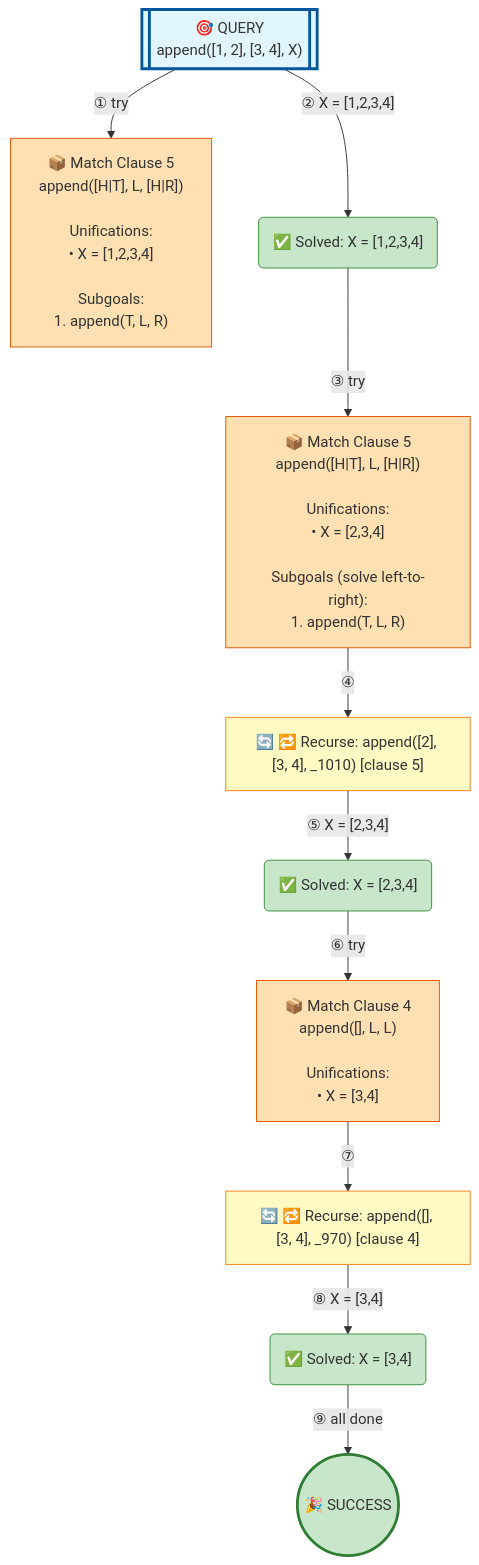
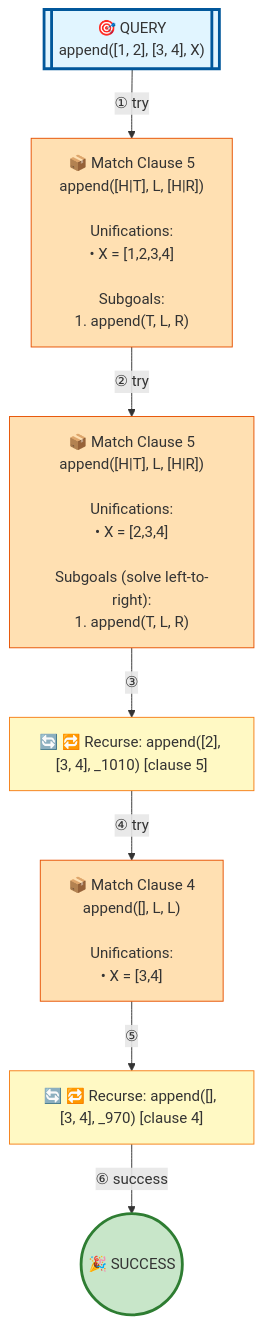
Before and after one commit to jarecsni/prolog-trace-viz: the diagram in examples/append-full.md, drawn with Mermaid. The commit also changed other lines of this file and 24 other files, not shown here.

````diff
--- a/examples/append-full.md
+++ b/examples/append-full.md
@@ -18,38 +18,29 @@
 ```mermaid
 graph TD
 
 %% Nodes
 A[["🎯 QUERY<br/>append([1, 2], [3, 4], X)"]]
 B["📦 Match Clause 5<br/>append([H|T], L, [H|R])<br/><br/>Unifications:<br/>• X = [1,2,3,4]<br/><br/>Subgoals:<br/>1. append(T, L, R)"]
-C("✅ Solved: X = [1,2,3,4]")
-D["🔄 🔁 Recurse: append([2], [3, 4], _1010) [clause 5]"]
-E["📦 Match Clause 5<br/>append([H|T], L, [H|R])<br/><br/>Unifications:<br/>• X = [2,3,4]<br/><br/>Subgoals (solve left-to-right):<br/>1. append(T, L, R)"]
-F("✅ Solved: X = [2,3,4]")
-G["🔄 🔁 Recurse: append([], [3, 4], _970) [clause 4]"]
-H["📦 Match Clause 4<br/>append([], L, L)<br/><br/>Unifications:<br/>• X = [3,4]"]
-I("✅ Solved: X = [3,4]")
-J(("🎉 SUCCESS"))
+C["🔄 🔁 Recurse: append([2], [3, 4], _1010) [clause 5]"]
+D["📦 Match Clause 5<br/>append([H|T], L, [H|R])<br/><br/>Unifications:<br/>• X = [2,3,4]<br/><br/>Subgoals (solve left-to-right):<br/>1. append(T, L, R)"]
+E["🔄 🔁 Recurse: append([], [3, 4], _970) [clause 4]"]
+F["📦 Match Clause 4<br/>append([], L, L)<br/><br/>Unifications:<br/>• X = [3,4]"]
+G(("🎉 SUCCESS"))
 
 %% Edges
 A -->|"① try"| B
-A -->|"② X = [1,2,3,4]"| C
-C -->|"③ try"| E
-E -->|"④"| D
-D -->|"⑤ X = [2,3,4]"| F
-F -->|"⑥ try"| H
-H -->|"⑦"| G
-G -->|"⑧ X = [3,4]"| I
-I -->|"⑨ all done"| J
+B -->|"② try"| D
+D -->|"③"| C
+C -->|"④ try"| F
+F -->|"⑤"| E
+E -->|"⑥ success"| G
 
 %% Styles
 style A fill:#e1f5ff,stroke:#01579b,stroke-width:3px
 style B fill:#ffe0b2,stroke:#e65100
-style C fill:#c8e6c9,stroke:#388e3c
-style D fill:#fff9c4,stroke:#f57f17
-style E fill:#ffe0b2,stroke:#e65100
-style F fill:#c8e6c9,stroke:#388e3c
-style G fill:#fff9c4,stroke:#f57f17
-style H fill:#ffe0b2,stroke:#e65100
-style I fill:#c8e6c9,stroke:#388e3c
-style J fill:#c8e6c9,stroke:#2e7d32,stroke-width:3px
+style C fill:#fff9c4,stroke:#f57f17
+style D fill:#ffe0b2,stroke:#e65100
+style E fill:#fff9c4,stroke:#f57f17
+style F fill:#ffe0b2,stroke:#e65100
+style G fill:#c8e6c9,stroke:#2e7d32,stroke-width:3px
 ```
````
